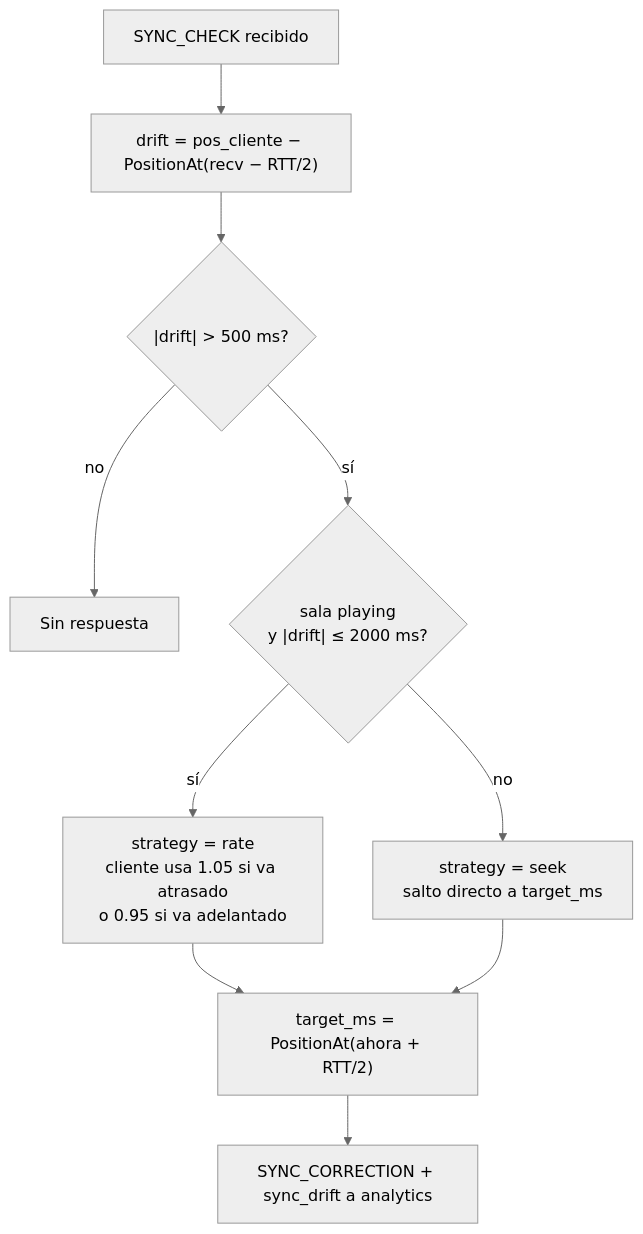
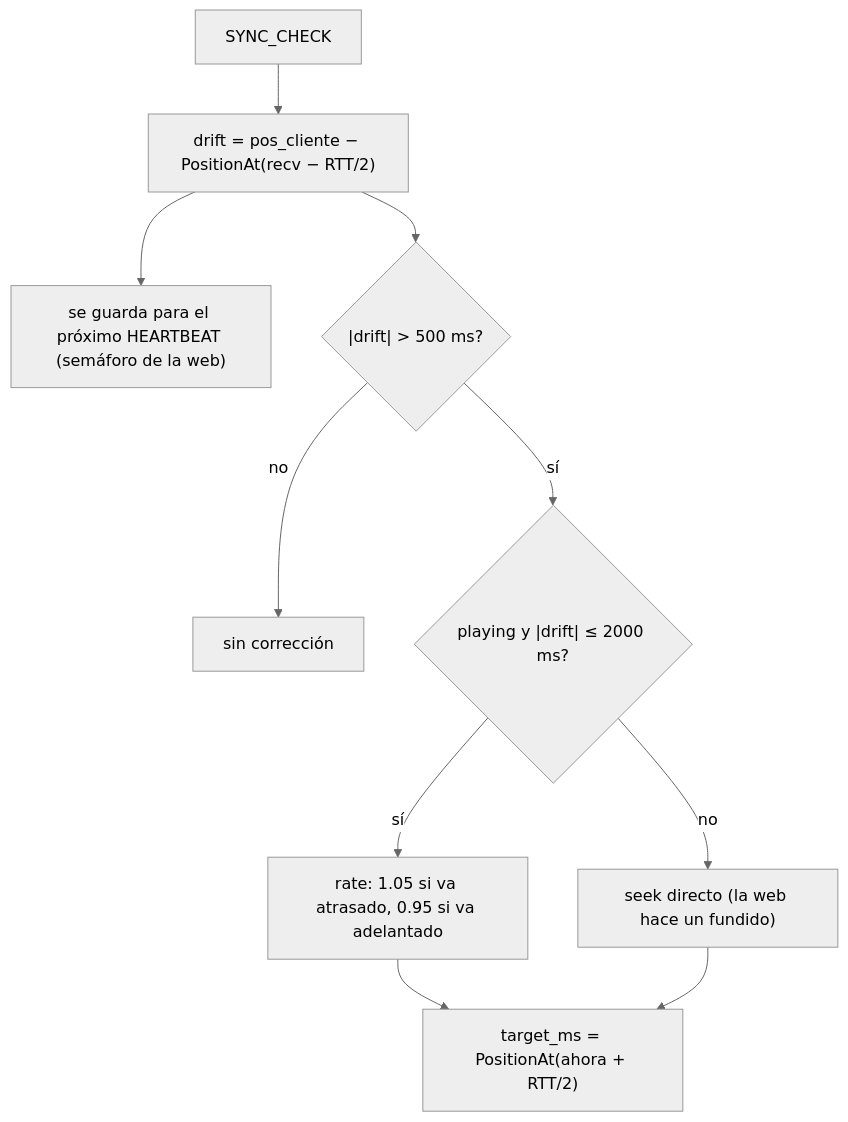
The eighth of 17 diagrams in docs/dominio-reproduccion.md (N1ghtlyC0de/TINT), drawn with Mermaid (neutral theme) before and after one commit. The commit also changed other lines of this file and 2 other files, not shown here.

First line of the commit message:
docs(sync-core): Canal Sync v2 en la documentación del dominio

````diff
--- a/docs/dominio-reproduccion.md
+++ b/docs/dominio-reproduccion.md
@@ -331,12 +413,11 @@
 ```mermaid
 flowchart TD
-    A["SYNC_CHECK recibido"] --> B["drift = pos_cliente − PositionAt(recv − RTT/2)"]
+    A["SYNC_CHECK"] --> B["drift = pos_cliente − PositionAt(recv − RTT/2)"]
+    B --> M["se guarda para el próximo HEARTBEAT (semáforo de la web)"]
     B --> C{"|drift| > 500 ms?"}
-    C -- no --> D["Sin respuesta"]
-    C -- sí --> E{"sala playing<br/>y |drift| ≤ 2000 ms?"}
-    E -- sí --> F["strategy = rate<br/>cliente usa 1.05 si va atrasado<br/>o 0.95 si va adelantado"]
-    E -- no --> G["strategy = seek<br/>salto directo a target_ms"]
-    F --> H["target_ms = PositionAt(ahora + RTT/2)"]
-    G --> H
-    H --> I["SYNC_CORRECTION + sync_drift a analytics"]
+    C -- no --> D["sin corrección"]
+    C -- sí --> E{"playing y |drift| ≤ 2000 ms?"}
+    E -- sí --> F["rate: 1.05 si va atrasado, 0.95 si va adelantado"]
+    E -- no --> G["seek directo (la web hace un fundido)"]
+    F & G --> H["target_ms = PositionAt(ahora + RTT/2)"]
 ```
````
